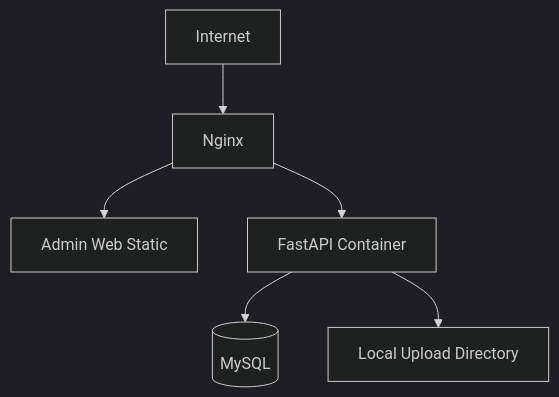
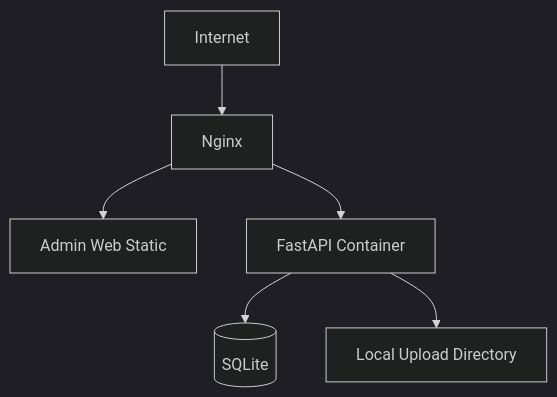
Before and after one commit to tangwenixng/YRFashion: the second of 2 diagrams in MVP架构设计-Python后端版.md, drawn with Mermaid (dark theme). The commit also changed other lines of this file, not shown here.

````diff
--- a/MVP架构设计-Python后端版.md
+++ b/MVP架构设计-Python后端版.md
@@ -541,8 +544,8 @@
 ```mermaid
 flowchart TB
     A[Internet] --> B[Nginx]
     B --> C[Admin Web Static]
     B --> D[FastAPI Container]
-    D --> E[(MySQL)]
+    D --> E[(SQLite)]
     D --> F[Local Upload Directory]
 ```
````
